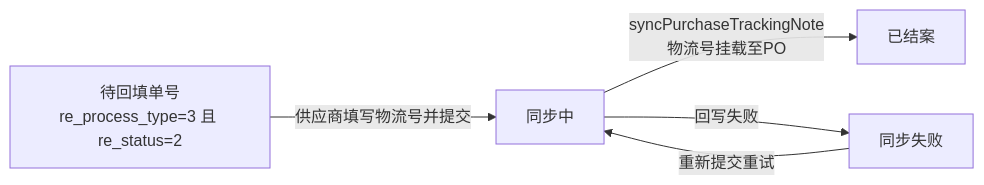
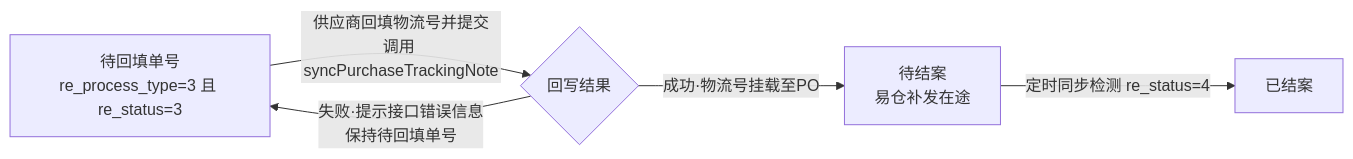
The third of 6 diagrams in PRD文档/采购异常协作迭代PRD.md (1xiexietao/ClaudeCode), drawn with Mermaid before and after one commit. The commit also changed other lines of this file and 1 other file, not shown here.

````diff
--- a/PRD文档/采购异常协作迭代PRD.md
+++ b/PRD文档/采购异常协作迭代PRD.md
@@ -95,7 +96,7 @@
 ```mermaid
 flowchart LR
-    A["待回填单号<br/>re_process_type=3 且 re_status=2"] -->|"供应商填写物流号并提交"| B["同步中"]
-    B -->|"syncPurchaseTrackingNote<br/>物流号挂载至PO"| C["已结案"]
-    B -->|"回写失败"| D["同步失败"]
-    D -->|"重新提交重试"| B
+    A["待回填单号<br/>re_process_type=3 且 re_status=3"] -->|"供应商回填物流号并提交<br/>调用 syncPurchaseTrackingNote"| B{"回写结果"}
+    B -->|"成功·物流号挂载至PO"| C["待结案<br/>易仓补发在途"]
+    C -->|"定时同步检测 re_status=4"| D["已结案"]
+    B -->|"失败·提示接口错误信息<br/>保持待回填单号"| A
 ```
````
